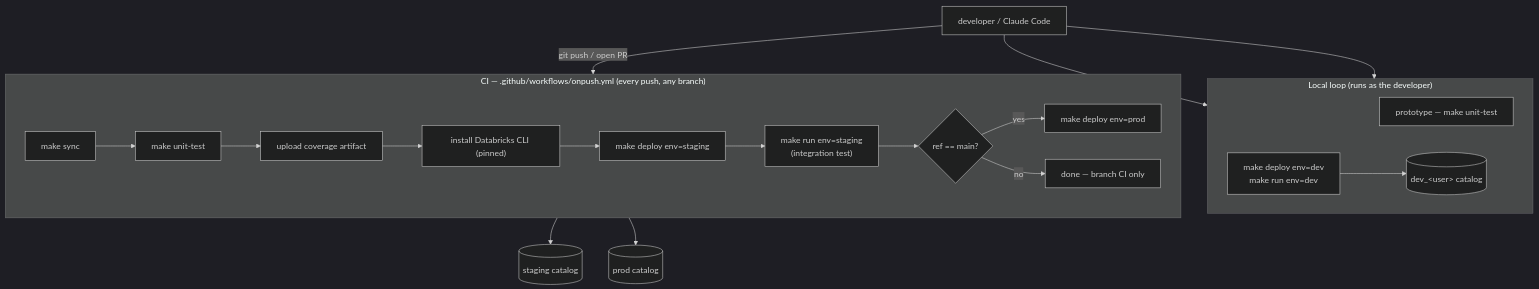
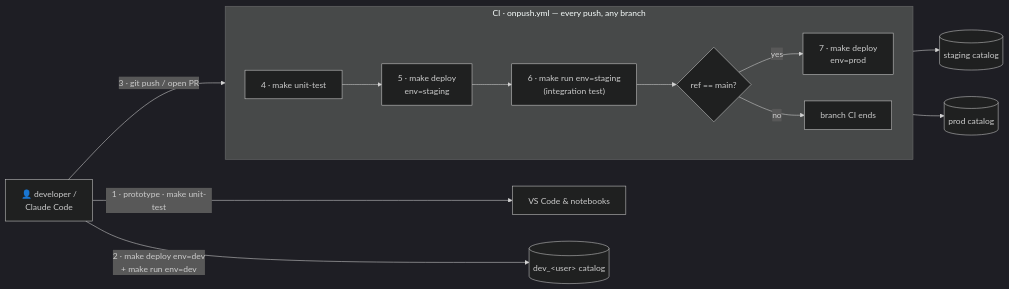
Before and after one commit to andre-salvati/databricks-template: the diagram in specs/architecture.md, drawn with Mermaid (dark theme). The commit also changed other lines of this file, not shown here.

Commit message:
docs: make CI/CD diagram horizontal with numbered lifecycle steps

````diff
--- a/specs/architecture.md
+++ b/specs/architecture.md
@@ -67,30 +67,22 @@
 ```mermaid
-flowchart TB
-    dev["developer / Claude Code"]
+flowchart LR
+    dev["👤 developer /<br/>Claude Code"]
 
-    subgraph LOCAL["Local loop (runs as the developer)"]
-        direction LR
-        proto["prototype — make unit-test"]
-        devdeploy["make deploy env=dev<br/>make run env=dev"]
-        devcat[("dev_&lt;user&gt; catalog")]
-        devdeploy --> devcat
-    end
-
-    subgraph CI["CI — .github/workflows/onpush.yml (every push, any branch)"]
-        direction LR
-        sync["make sync"] --> unit["make unit-test"] --> cov["upload coverage artifact"]
-        cov --> cli["install Databricks CLI (pinned)"] --> stg["make deploy env=staging"]
-        stg --> stgrun["make run env=staging<br/>(integration test)"] --> gate{"ref == main?"}
-        gate -->|yes| proddeploy["make deploy env=prod"]
-        gate -->|no| done["done — branch CI only"]
-    end
-
+    vscode["VS Code &amp; notebooks"]
+    devcat[("dev_&lt;user&gt; catalog")]
     stgcat[("staging catalog")]
     prodcat[("prod catalog")]
 
-    dev --> proto
-    dev --> devdeploy
-    dev -->|"git push / open PR"| sync
-    stgrun --> stgcat
-    proddeploy --> prodcat
+    subgraph CI["CI · onpush.yml — every push, any branch"]
+        direction LR
+        u["4 · make unit-test"] --> ds["5 · make deploy<br/>env=staging"] --> is["6 · make run env=staging<br/>(integration test)"] --> gate{"ref == main?"}
+        gate -->|yes| dp["7 · make deploy<br/>env=prod"]
+        gate -->|no| stop["branch CI ends"]
+    end
+
+    dev -->|"1 · prototype · make unit-test"| vscode
+    dev -->|"2 · make deploy env=dev<br/>+ make run env=dev"| devcat
+    dev -->|"3 · git push / open PR"| u
+    is --> stgcat
+    dp --> prodcat
 ```
````
